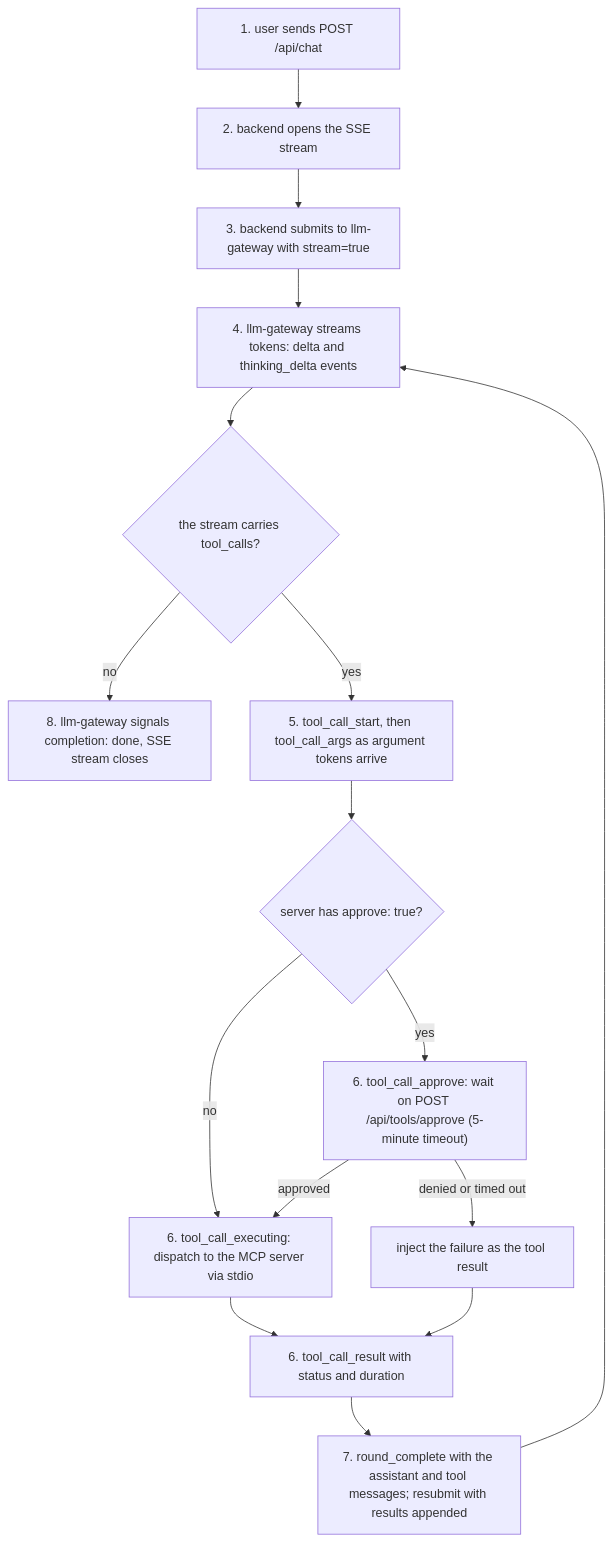
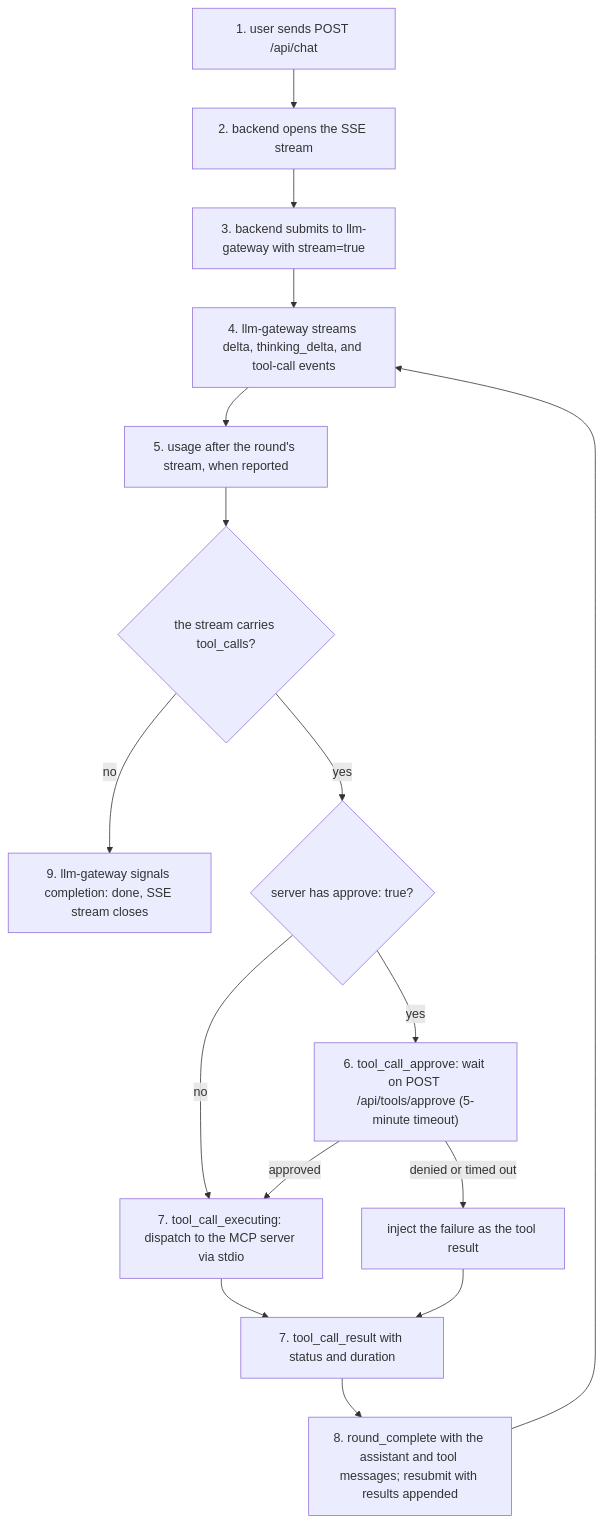
Before and after one commit to michaelquigley/pane: the fourth of 4 diagrams in docs/current/pane.md, drawn with Mermaid. The commit also changed other lines of this file and 14 other files, not shown here.

````diff
--- a/docs/current/pane.md
+++ b/docs/current/pane.md
@@ -252,18 +275,18 @@
 ```mermaid
 flowchart TD
     a["1. user sends POST /api/chat"] --> b["2. backend opens the SSE stream"]
     b --> c["3. backend submits to llm-gateway with stream=true"]
-    c --> d["4. llm-gateway streams tokens: delta and thinking_delta events"]
-    d --> e{"the stream carries tool_calls?"}
-    e -- "no" --> h["8. llm-gateway signals completion: done, SSE stream closes"]
-    e -- "yes" --> f["5. tool_call_start, then tool_call_args as argument tokens arrive"]
-    f --> g{"server has approve: true?"}
+    c --> d["4. llm-gateway streams delta, thinking_delta, and tool-call events"]
+    d --> u["5. usage after the round's stream, when reported"]
+    u --> e{"the stream carries tool_calls?"}
+    e -- "no" --> h["9. llm-gateway signals completion: done, SSE stream closes"]
+    e -- "yes" --> g{"server has approve: true?"}
     g -- "yes" --> i["6. tool_call_approve: wait on POST /api/tools/approve (5-minute timeout)"]
-    g -- "no" --> j["6. tool_call_executing: dispatch to the MCP server via stdio"]
+    g -- "no" --> j["7. tool_call_executing: dispatch to the MCP server via stdio"]
     i -- "approved" --> j
     i -- "denied or timed out" --> k["inject the failure as the tool result"]
-    j --> l["6. tool_call_result with status and duration"]
+    j --> l["7. tool_call_result with status and duration"]
     k --> l
-    l --> m["7. round_complete with the assistant and tool messages; resubmit with results appended"]
+    l --> m["8. round_complete with the assistant and tool messages; resubmit with results appended"]
     m --> d
 ```
````
